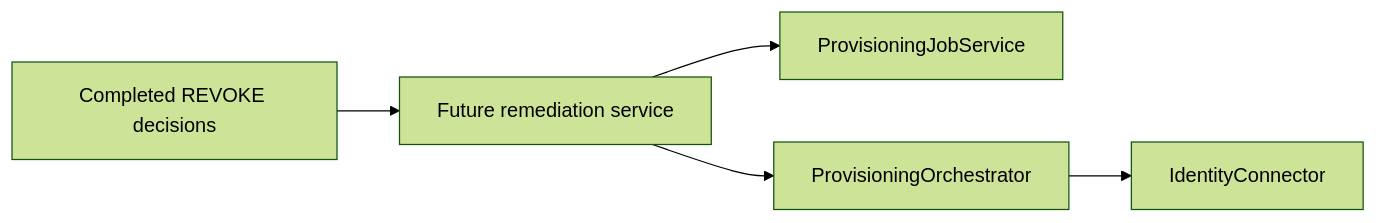
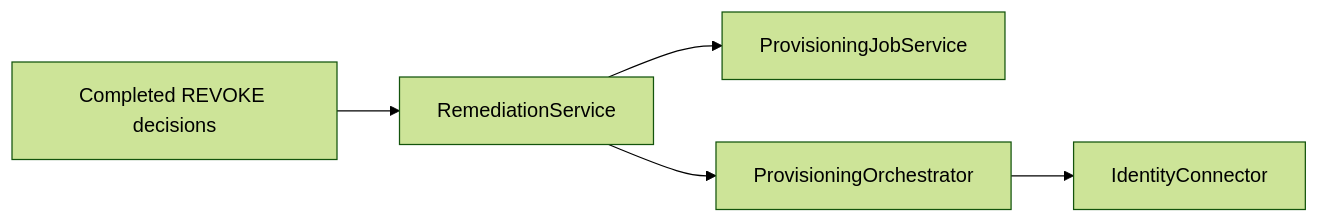
Before and after one commit to happelj/accessiq: the fifth of 5 diagrams in docs/access_reviews.md, drawn with Mermaid (forest theme). The commit also changed other lines of this file and 15 other files, not shown here.

````diff
--- a/docs/access_reviews.md
+++ b/docs/access_reviews.md
@@ -171,13 +171,13 @@
 ```mermaid
 flowchart LR
     Decisions["Completed REVOKE decisions"]
-    Remediation["Future remediation service"]
+    Remediation["RemediationService"]
     Jobs["ProvisioningJobService"]
     Orchestrator["ProvisioningOrchestrator"]
     Connector["IdentityConnector"]
 
     Decisions --> Remediation
     Remediation --> Jobs
     Remediation --> Orchestrator
     Orchestrator --> Connector
 ```
````
